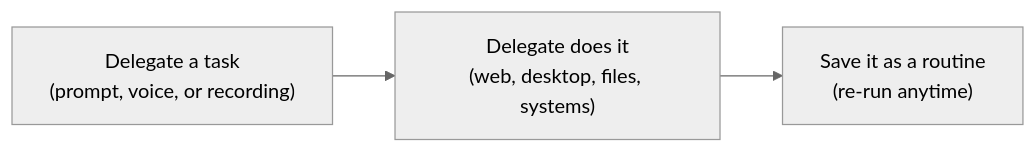
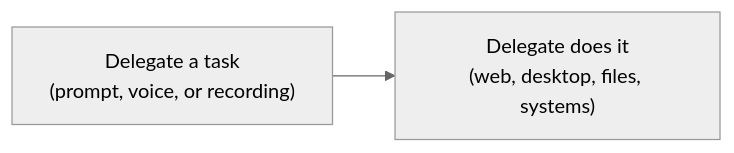
The diagram in docs/module-0-prerequisites/index.md (UiPath-Technical-Partner-Success/CodingAgentsTestingWorkshop), drawn with Mermaid (neutral theme) before and after one commit. The commit also changed 3 other files, not shown here.

Commit message:
Routines only in an optional step 8 box; removed from the Introduction and the Delegate diagram

````diff
--- a/docs/module-0-prerequisites/index.md
+++ b/docs/module-0-prerequisites/index.md
@@ -62,5 +62,4 @@
 ```mermaid
 flowchart LR
     A["Delegate a task<br/>(prompt, voice, or recording)"] --> B["Delegate does it<br/>(web, desktop, files, systems)"]
-    B --> C["Save it as a routine<br/>(re-run anytime)"]
 ```
````
